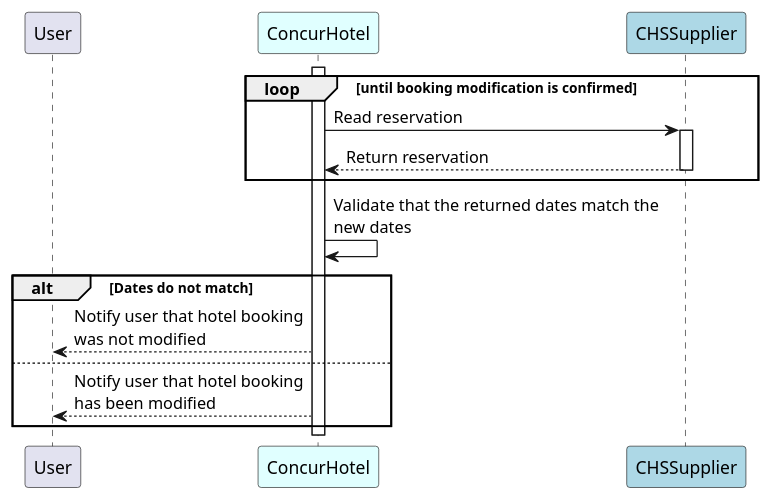
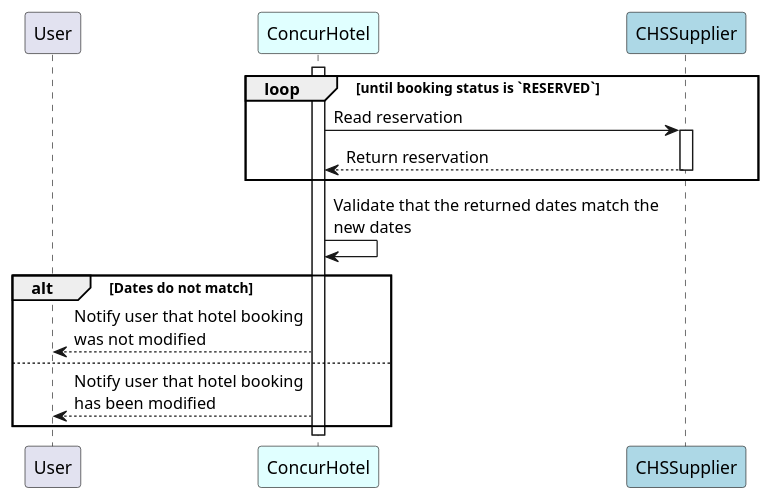
Before and after one commit to SAP-docs/preview.developer.concur.com: the diagram in src/api-reference/direct-connects/hotel-service-4/images/diagrams/hotel-modify-recover.puml, drawn with PlantUML. The commit also changed 2 other files, not shown here.

Commit message:
Adding new sugestion to recover diagram

```diff
--- a/src/api-reference/direct-connects/hotel-service-4/images/diagrams/hotel-modify-recover.puml
+++ b/src/api-reference/direct-connects/hotel-service-4/images/diagrams/hotel-modify-recover.puml
@@ -1,22 +1,22 @@
 @startuml hotel-modify
 
 participant "User" as user
 
 participant ConcurHotel as cHotel #Lightcyan
 participant "CHSSupplier" as supply #LightBlue
 
 activate cHotel
-loop until booking modification is confirmed
+loop until booking status is `RESERVED`
   cHotel->supply++: Read reservation
   supply --> cHotel--: Return reservation
 end
 cHotel -> cHotel: Validate that the returned dates match the\nnew dates
 alt Dates do not match
   cHotel -->user: Notify user that hotel booking\nwas not modified
 else
   cHotel -->user: Notify user that hotel booking\nhas been modified
 end
 deactivate cHotel
 
 
 @enduml
```
